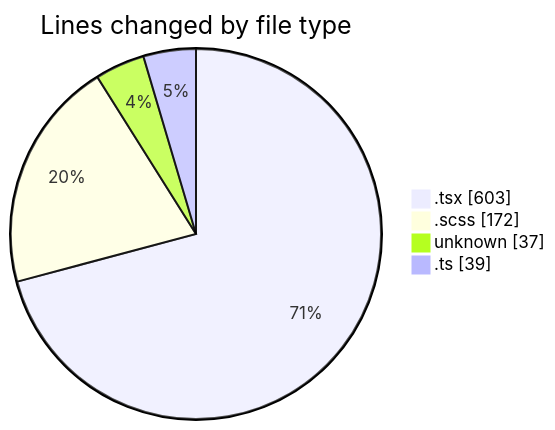
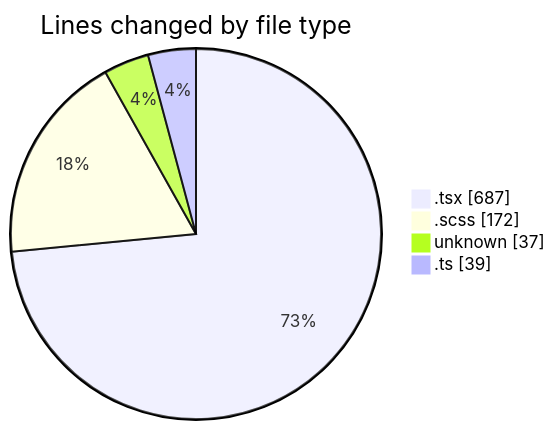
The first of 2 diagrams in 2025-09-16/cda/README.md (momahboobian/code-tracking), drawn with Mermaid before and after one commit. The commit also changed other lines of this file and 1 other file, not shown here.

````diff
--- a/2025-09-16/cda/README.md
+++ b/2025-09-16/cda/README.md
@@ -24,8 +24,8 @@
 ```mermaid
 pie showData
 title Lines changed by file type
-".tsx" : 603
+".tsx" : 687
 ".scss" : 172
 "unknown" : 37
 ".ts" : 39
 ```
````
